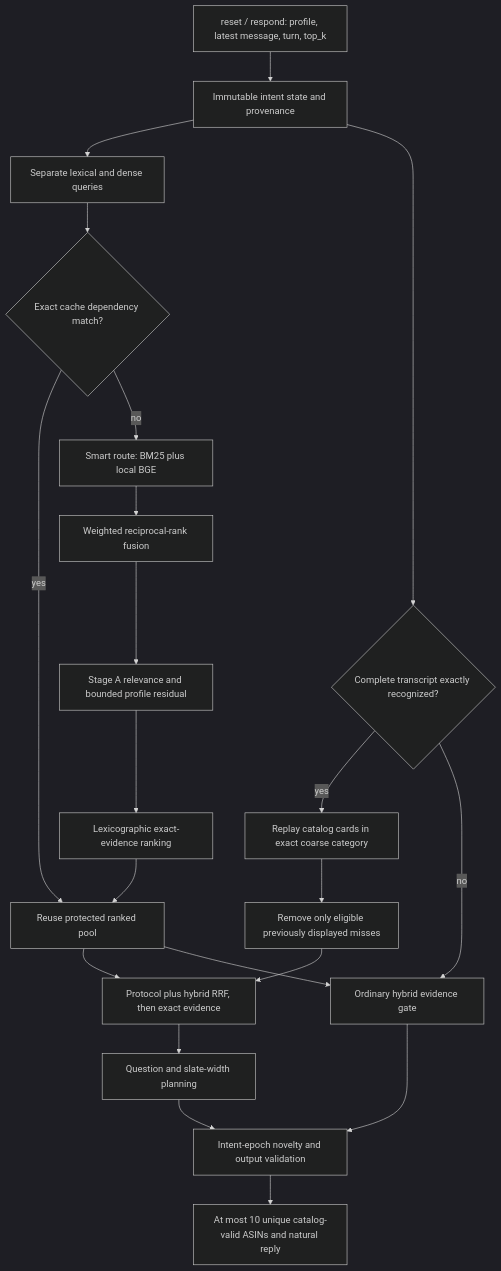
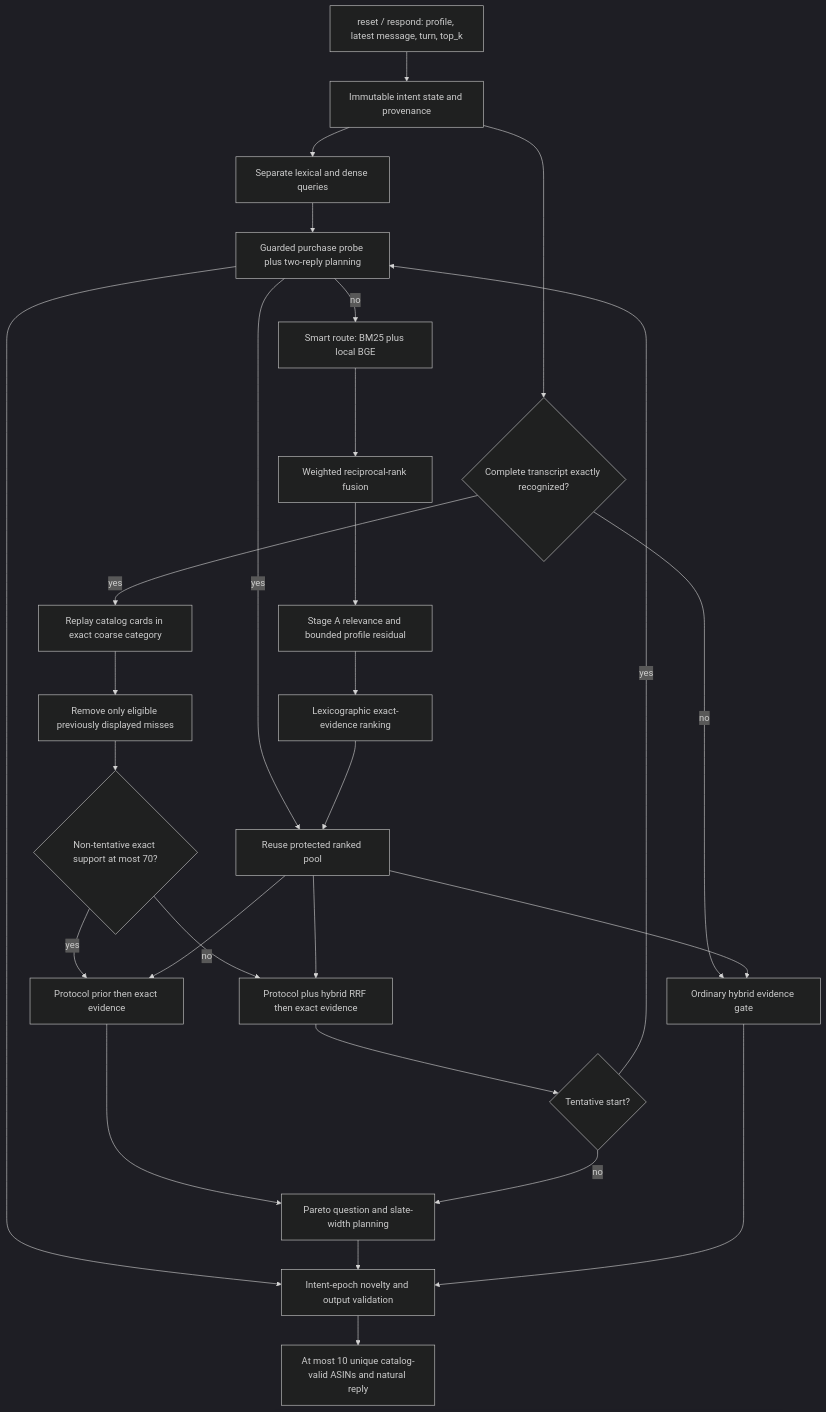
The diagram in docs/finals-review/ARCHITECTURE-BEFORE-AFTER.md (mysterious-joker/TTSC), drawn with Mermaid (dark theme) before and after one commit. The commit also changed other lines of this file and 13 other files, not shown here.

````diff
--- a/docs/finals-review/ARCHITECTURE-BEFORE-AFTER.md
+++ b/docs/finals-review/ARCHITECTURE-BEFORE-AFTER.md
@@ -59,23 +67,30 @@
 ```mermaid
 flowchart TD
     I[reset / respond: profile, latest message, turn, top_k] --> S[Immutable intent state and provenance]
     S --> Q[Separate lexical and dense queries]
     Q --> C{Exact cache dependency match?}
     C -->|yes| R[Reuse protected ranked pool]
     C -->|no| H[Smart route: BM25 plus local BGE]
     H --> F[Weighted reciprocal-rank fusion]
     F --> A[Stage A relevance and bounded profile residual]
     A --> E[Lexicographic exact-evidence ranking]
     E --> R
     S --> P{Complete transcript exactly recognized?}
     P -->|yes| PC[Replay catalog cards in exact coarse category]
     PC --> N[Remove only eligible previously displayed misses]
-    N --> U[Protocol plus hybrid RRF, then exact evidence]
+    N --> B{Non-tentative exact support at most 70?}
+    B -->|yes| U[Protocol prior then exact evidence]
+    B -->|no| U2[Protocol plus hybrid RRF then exact evidence]
     R --> U
+    R --> U2
     P -->|no| G[Ordinary hybrid evidence gate]
     R --> G
-    U --> D[Question and slate-width planning]
+    U --> D[Pareto question and slate-width planning]
+    U2 --> T{Tentative start?}
+    T -->|yes| C[Guarded purchase probe plus two-reply planning]
+    T -->|no| D
+    C --> L
     D --> L[Intent-epoch novelty and output validation]
     G --> L
     L --> O[At most 10 unique catalog-valid ASINs and natural reply]
 ```
````
